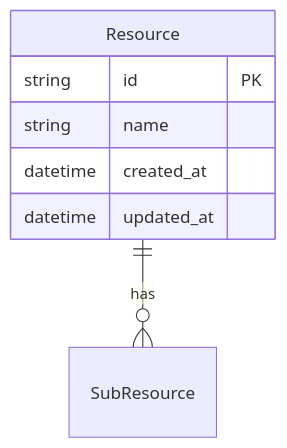
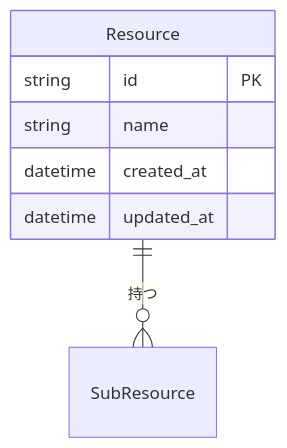
The first of 2 diagrams in plugins/spec-plugin/skills/api-spec/assets/templates/api-spec.md (DIO0550/d-market), drawn with Mermaid before and after one commit. The commit also changed other lines of this file and 16 other files, not shown here.

````diff
--- a/plugins/spec-plugin/skills/api-spec/assets/templates/api-spec.md
+++ b/plugins/spec-plugin/skills/api-spec/assets/templates/api-spec.md
@@ -184,10 +184,10 @@
 ```mermaid
 erDiagram
-    Resource ||--o{ SubResource : "has"
+    Resource ||--o{ SubResource : "持つ"
     Resource {
         string id PK
         string name
         datetime created_at
         datetime updated_at
     }
 ```
````
